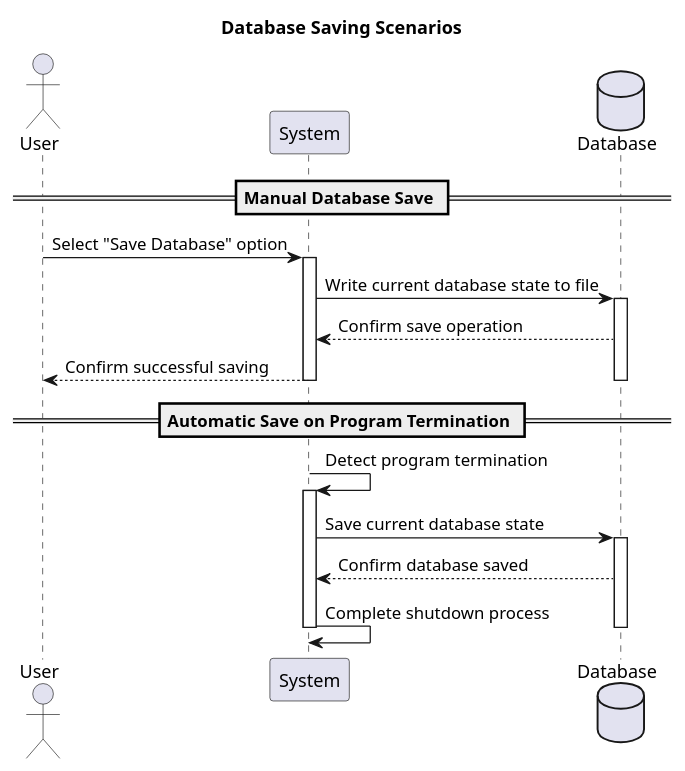
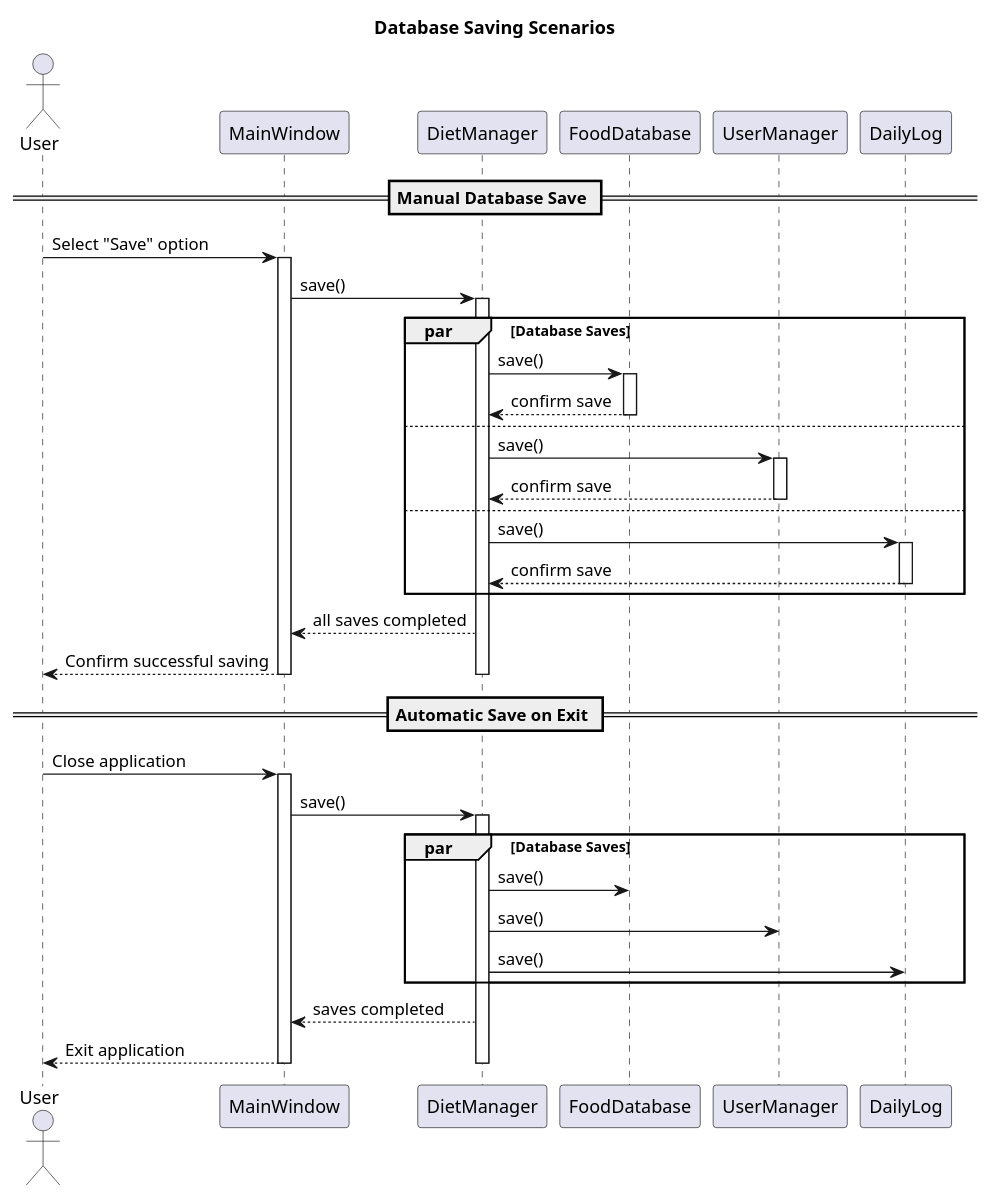
Before and after one commit to Kriti1908/Diet-Manager: the diagram in seq2.puml, drawn with PlantUML. The commit also changed other lines of this file and 11 other files, not shown here.

Commit message:
updated diagrams

```diff
--- a/seq2.puml
+++ b/seq2.puml
@@ -1,32 +2,60 @@
 @startuml uc3and4
 actor User
-participant "System" as System
-database "Database" as DB
+participant "MainWindow" as UI
+participant "DietManager" as DM
+participant "FoodDatabase" as FDB
+participant "UserManager" as UM
+participant "DailyLog" as DL
 
 title Database Saving Scenarios
 
 == Manual Database Save ==
-User -> System : Select "Save Database" option
-activate System
+User -> UI : Select "Save" option
+activate UI
 
-System -> DB : Write current database state to file
-activate DB
+UI -> DM : save()
+activate DM
 
-DB --> System : Confirm save operation
-System --> User : Confirm successful saving
-deactivate DB
-deactivate System
+par Database Saves
+    DM -> FDB : save()
+    activate FDB
+    FDB --> DM : confirm save
+    deactivate FDB
+also
+    DM -> UM : save()
+    activate UM
+    UM --> DM : confirm save
+    deactivate UM
+also
+    DM -> DL : save()
+    activate DL
+    DL --> DM : confirm save
+    deactivate DL
+end
 
-== Automatic Save on Program Termination ==
-System -> System : Detect program termination
-activate System
+DM --> UI : all saves completed
+UI --> User : Confirm successful saving
 
-System -> DB : Save current database state
-activate DB
+deactivate DM
+deactivate UI
 
-DB --> System : Confirm database saved
-System -> System : Complete shutdown process
-deactivate DB
-deactivate System
+== Automatic Save on Exit ==
+User -> UI : Close application
+activate UI
+
+UI -> DM : save()
+activate DM
+
+par Database Saves
+    DM -> FDB : save()
+    DM -> UM : save()
+    DM -> DL : save()
+end
+
+DM --> UI : saves completed
+UI --> User : Exit application
+
+deactivate DM
+deactivate UI
 
 @enduml
```
